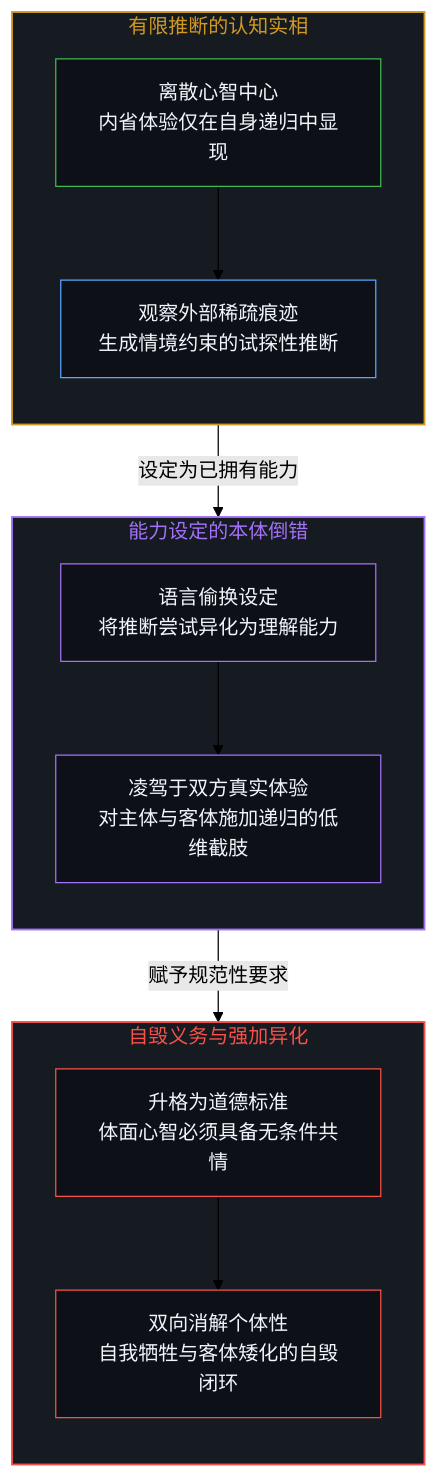
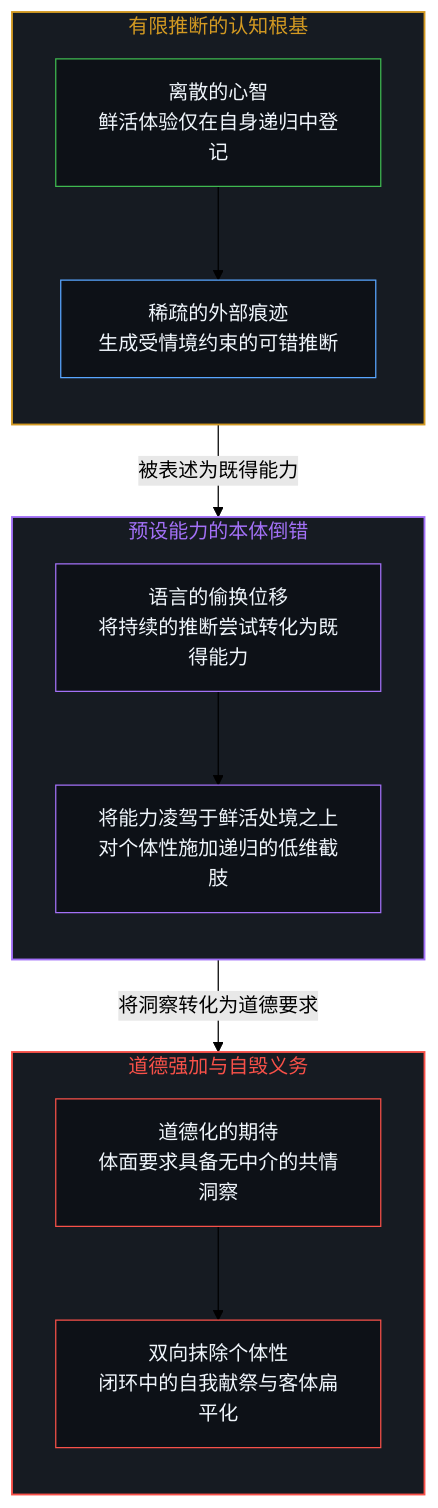
The first of 4 diagrams in content/posts/the-capability-reversal-of-empathy-and-the-contest-of-boundaries.md (powerpig99/not-a-toe), drawn with Mermaid (forest theme) before and after one commit. The commit also changed other lines of this file and 7 other files, not shown here.

````diff
--- a/content/posts/the-capability-reversal-of-empathy-and-the-contest-of-boundaries.md
+++ b/content/posts/the-capability-reversal-of-empathy-and-the-contest-of-boundaries.md
@@ -35,31 +35,26 @@
 ```mermaid
 graph TD
-    subgraph S_Inference ["有限推断的认知实相"]
+    subgraph S_Inference ["有限推断的认知根基"]
         direction TB
-        INF1["离散心智中心<br/>内省体验仅在自身递归中显现"] --> INF2["观察外部稀疏痕迹<br/>生成情境约束的试探性推断"]
+        INF1["离散的心智<br/>鲜活体验仅在自身递归中登记"] --> INF2["稀疏的外部痕迹<br/>生成受情境约束的可错推断"]
     end
-
-    subgraph S_Reversal ["能力设定的本体倒错"]
+    subgraph S_Reversal ["预设能力的本体倒错"]
         direction TB
-        REV1["语言偷换设定<br/>将推断尝试异化为理解能力"] --> REV2["凌驾于双方真实体验<br/>对主体与客体施加递归的低维截肢"]
+        REV1["语言的偷换位移<br/>将持续的推断尝试转化为既得能力"] --> REV2["将能力凌驾于鲜活处境之上<br/>对个体性施加递归的低维截肢"]
     end
-
-    subgraph S_Imposition ["自毁义务与强加异化"]
+    subgraph S_Imposition ["道德强加与自毁义务"]
         direction TB
-        IMP1["升格为道德标准<br/>体面心智必须具备无条件共情"] --> IMP2["双向消解个体性<br/>自我牺牲与客体矮化的自毁闭环"]
+        IMP1["道德化的期待<br/>体面要求具备无中介的共情洞察"] --> IMP2["双向抹除个体性<br/>闭环中的自我献祭与客体扁平化"]
     end
-
-    INF2 -->|"设定为已拥有能力"| REV1
-    REV2 -->|"赋予规范性要求"| IMP1
-
+    INF2 -->|"被表述为既得能力"| REV1
+    REV2 -->|"将洞察转化为道德要求"| IMP1
     style S_Inference fill:#161b22,stroke:#d29922,stroke-width:1.5px,color:#d29922
     style S_Reversal fill:#161b22,stroke:#a371f7,stroke-width:1.5px,color:#a371f7
     style S_Imposition fill:#161b22,stroke:#f85149,stroke-width:1.5px,color:#f85149
-
     style INF1 fill:#0d1117,stroke:#3fb950,stroke-width:1px,color:#f0f6fc
     style INF2 fill:#0d1117,stroke:#58a6ff,stroke-width:1px,color:#f0f6fc
     style REV1 fill:#0d1117,stroke:#a371f7,stroke-width:1px,color:#f0f6fc
     style REV2 fill:#0d1117,stroke:#a371f7,stroke-width:1px,color:#f0f6fc
     style IMP1 fill:#0d1117,stroke:#f85149,stroke-width:1px,color:#f0f6fc
     style IMP2 fill:#0d1117,stroke:#f85149,stroke-width:1px,color:#f0f6fc
 ```
````
